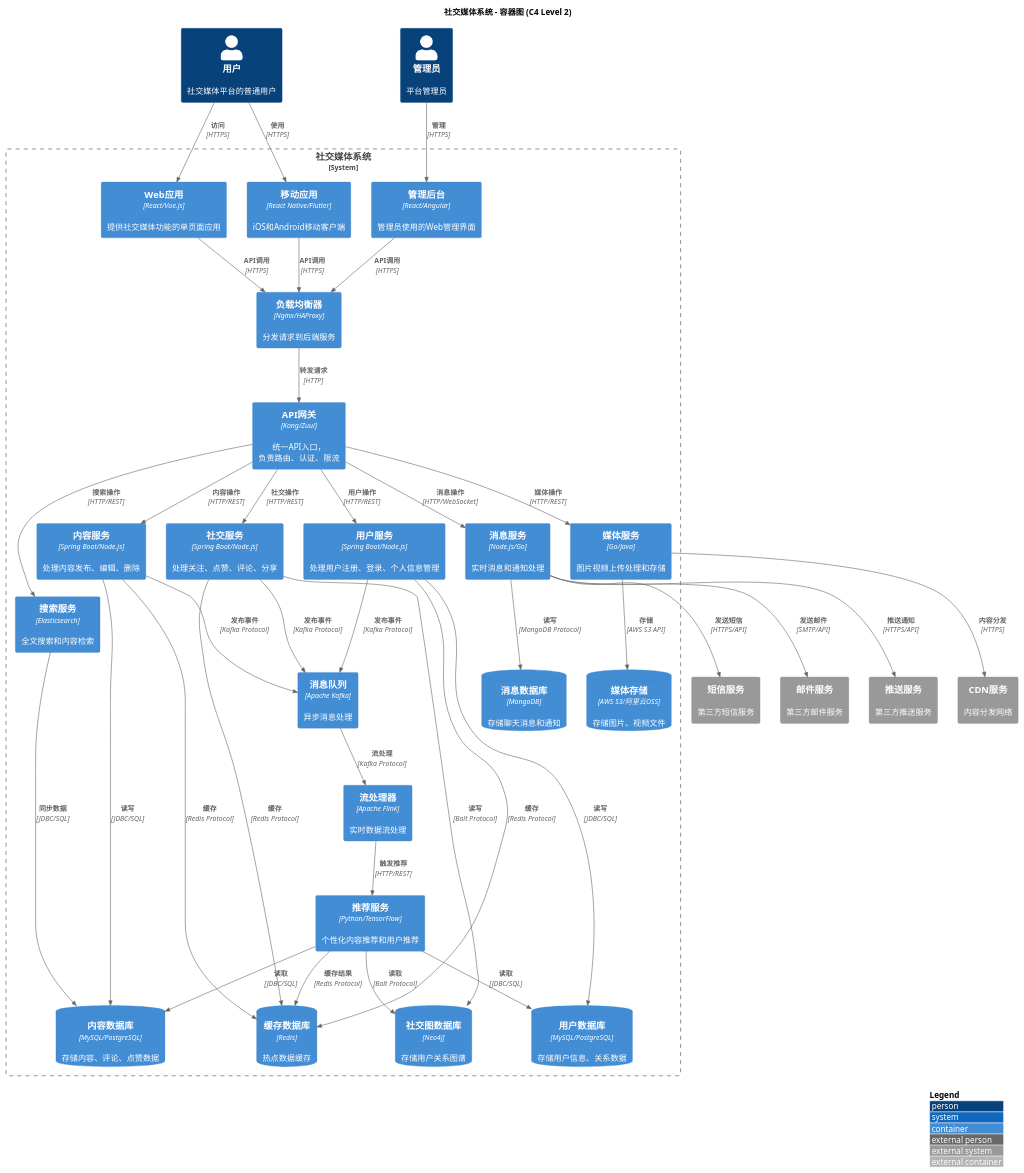
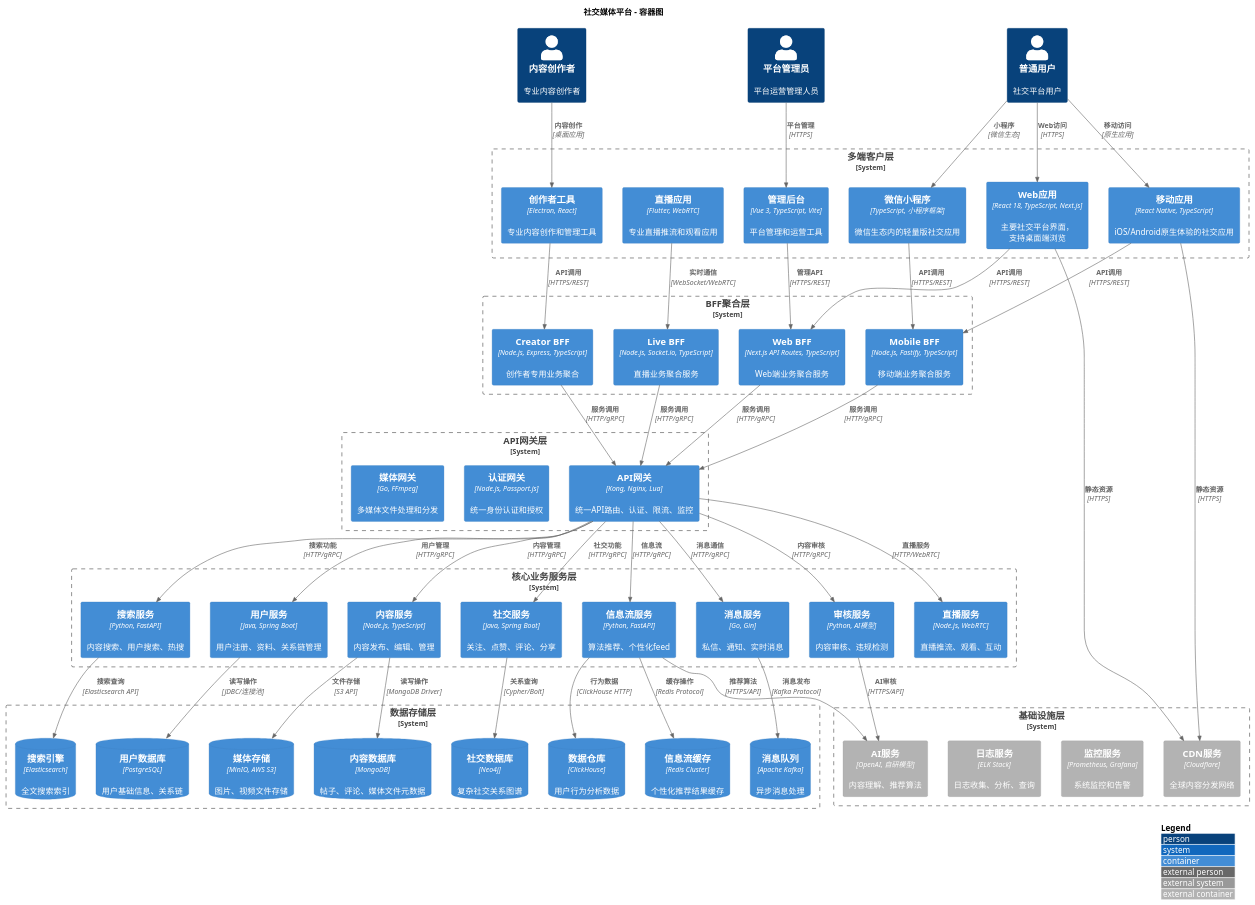
One commit to felixzhu97/system-design changed the diagram in social-media/social-media-c4-container.puml. Above: the diagram before and after it, drawn with PlantUML. The commit also changed 6 other files, not shown here.

First line of the commit message:
refactor: Refactor social media design diagrams with detailed architecture

```diff
--- a/social-media/social-media-c4-container.puml
+++ b/social-media/social-media-c4-container.puml
@@ -1,86 +1,117 @@
 @startuml
 !include https://raw.githubusercontent.com/plantuml-stdlib/C4-PlantUML/master/C4_Container.puml
 
-title 社交媒体系统 - 容器图 (C4 Level 2)
+title 社交媒体平台 - 容器图
 
 LAYOUT_WITH_LEGEND()
 
-Person(user, "用户", "社交媒体平台的普通用户")
-Person(admin, "管理员", "平台管理员")
+' 外部用户和系统
+Person(user, "普通用户", "社交平台用户")
+Person(creator, "内容创作者", "专业内容创作者")
+Person(admin, "平台管理员", "平台运营管理人员")
 
-System_Boundary(c1, "社交媒体系统") {
-    Container(webApp, "Web应用", "React/Vue.js", "提供社交媒体功能的单页面应用")
-    Container(mobileApp, "移动应用", "React Native/Flutter", "iOS和Android移动客户端")
-    Container(adminWeb, "管理后台", "React/Angular", "管理员使用的Web管理界面")
-    
-    Container(apiGateway, "API网关", "Kong/Zuul", "统一API入口，负责路由、认证、限流")
-    Container(loadBalancer, "负载均衡器", "Nginx/HAProxy", "分发请求到后端服务")
-    
-    Container(userService, "用户服务", "Spring Boot/Node.js", "处理用户注册、登录、个人信息管理")
-    Container(contentService, "内容服务", "Spring Boot/Node.js", "处理内容发布、编辑、删除")
-    Container(socialService, "社交服务", "Spring Boot/Node.js", "处理关注、点赞、评论、分享")
-    Container(recommendationService, "推荐服务", "Python/TensorFlow", "个性化内容推荐和用户推荐")
-    Container(messageService, "消息服务", "Node.js/Go", "实时消息和通知处理")
-    Container(searchService, "搜索服务", "Elasticsearch", "全文搜索和内容检索")
-    Container(mediaService, "媒体服务", "Go/Java", "图片视频上传处理和存储")
-    
-    ContainerDb(userDb, "用户数据库", "MySQL/PostgreSQL", "存储用户信息、关系数据")
-    ContainerDb(contentDb, "内容数据库", "MySQL/PostgreSQL", "存储内容、评论、点赞数据")
-    ContainerDb(socialGraphDb, "社交图数据库", "Neo4j", "存储用户关系图谱")
-    ContainerDb(cacheDb, "缓存数据库", "Redis", "热点数据缓存")
-    ContainerDb(messageDb, "消息数据库", "MongoDB", "存储聊天消息和通知")
-    ContainerDb(mediaStorage, "媒体存储", "AWS S3/阿里云OSS", "存储图片、视频文件")
-    
-    Container(messageQueue, "消息队列", "Apache Kafka", "异步消息处理")
-    Container(streamProcessor, "流处理器", "Apache Flink", "实时数据流处理")
+' 多端客户层
+System_Boundary(clientLayer, "多端客户层") {
+    Container(webApp, "Web应用", "React 18, TypeScript, Next.js", "主要社交平台界面，支持桌面端浏览")
+    Container(mobileApp, "移动应用", "React Native, TypeScript", "iOS/Android原生体验的社交应用")
+    Container(miniProgram, "微信小程序", "TypeScript, 小程序框架", "微信生态内的轻量版社交应用")
+    Container(creatorStudio, "创作者工具", "Electron, React", "专业内容创作和管理工具")
+    Container(adminPortal, "管理后台", "Vue 3, TypeScript, Vite", "平台管理和运营工具")
+    Container(liveApp, "直播应用", "Flutter, WebRTC", "专业直播推流和观看应用")
 }
 
-System_Ext(smsService, "短信服务", "第三方短信服务")
-System_Ext(emailService, "邮件服务", "第三方邮件服务")
-System_Ext(pushService, "推送服务", "第三方推送服务")
-System_Ext(cdnService, "CDN服务", "内容分发网络")
+' BFF聚合层
+System_Boundary(bffLayer, "BFF聚合层") {
+    Container(webBFF, "Web BFF", "Next.js API Routes, TypeScript", "Web端业务聚合服务")
+    Container(mobileBFF, "Mobile BFF", "Node.js, Fastify, TypeScript", "移动端业务聚合服务")
+    Container(creatorBFF, "Creator BFF", "Node.js, Express, TypeScript", "创作者专用业务聚合")
+    Container(liveBFF, "Live BFF", "Node.js, Socket.io, TypeScript", "直播业务聚合服务")
+}
 
-Rel(user, webApp, "访问", "HTTPS")
-Rel(user, mobileApp, "使用", "HTTPS")
-Rel(admin, adminWeb, "管理", "HTTPS")
+' API网关层
+System_Boundary(gatewayLayer, "API网关层") {
+    Container(apiGateway, "API网关", "Kong, Nginx, Lua", "统一API路由、认证、限流、监控")
+    Container(authGateway, "认证网关", "Node.js, Passport.js", "统一身份认证和授权")
+    Container(mediaGateway, "媒体网关", "Go, FFmpeg", "多媒体文件处理和分发")
+}
 
-Rel(webApp, loadBalancer, "API调用", "HTTPS")
-Rel(mobileApp, loadBalancer, "API调用", "HTTPS")
-Rel(adminWeb, loadBalancer, "API调用", "HTTPS")
+' 核心业务服务层
+System_Boundary(serviceLayer, "核心业务服务层") {
+    Container(userService, "用户服务", "Java, Spring Boot", "用户注册、资料、关系链管理")
+    Container(contentService, "内容服务", "Node.js, TypeScript", "内容发布、编辑、管理")
+    Container(socialService, "社交服务", "Java, Spring Boot", "关注、点赞、评论、分享")
+    Container(feedService, "信息流服务", "Python, FastAPI", "算法推荐、个性化feed")
+    Container(messageService, "消息服务", "Go, Gin", "私信、通知、实时消息")
+    Container(liveService, "直播服务", "Node.js, WebRTC", "直播推流、观看、互动")
+    Container(searchService, "搜索服务", "Python, FastAPI", "内容搜索、用户搜索、热搜")
+    Container(moderationService, "审核服务", "Python, AI模型", "内容审核、违规检测")
+}
 
-Rel(loadBalancer, apiGateway, "转发请求", "HTTP")
+' 数据存储层
+System_Boundary(dataLayer, "数据存储层") {
+    ContainerDb(userDB, "用户数据库", "PostgreSQL", "用户基础信息、关系链")
+    ContainerDb(contentDB, "内容数据库", "MongoDB", "帖子、评论、媒体文件元数据")
+    ContainerDb(socialDB, "社交数据库", "Neo4j", "复杂社交关系图谱")
+    ContainerDb(feedCache, "信息流缓存", "Redis Cluster", "个性化推荐结果缓存")
+    ContainerDb(messageQueue, "消息队列", "Apache Kafka", "异步消息处理")
+    ContainerDb(searchIndex, "搜索引擎", "Elasticsearch", "全文搜索索引")
+    ContainerDb(mediaStorage, "媒体存储", "MinIO, AWS S3", "图片、视频文件存储")
+    ContainerDb(analyticsDB, "数据仓库", "ClickHouse", "用户行为分析数据")
+}
 
-Rel(apiGateway, userService, "用户操作", "HTTP/REST")
-Rel(apiGateway, contentService, "内容操作", "HTTP/REST")
-Rel(apiGateway, socialService, "社交操作", "HTTP/REST")
-Rel(apiGateway, messageService, "消息操作", "HTTP/WebSocket")
-Rel(apiGateway, searchService, "搜索操作", "HTTP/REST")
-Rel(apiGateway, mediaService, "媒体操作", "HTTP/REST")
+' 基础设施层
+System_Boundary(infraLayer, "基础设施层") {
+    Container_Ext(cdnService, "CDN服务", "Cloudflare", "全球内容分发网络")
+    Container_Ext(monitorService, "监控服务", "Prometheus, Grafana", "系统监控和告警")
+    Container_Ext(logService, "日志服务", "ELK Stack", "日志收集、分析、查询")
+    Container_Ext(aiService, "AI服务", "OpenAI, 自研模型", "内容理解、推荐算法")
+}
 
-Rel(userService, userDb, "读写", "JDBC/SQL")
-Rel(userService, cacheDb, "缓存", "Redis Protocol")
-Rel(contentService, contentDb, "读写", "JDBC/SQL")
-Rel(contentService, cacheDb, "缓存", "Redis Protocol")
-Rel(socialService, socialGraphDb, "读写", "Bolt Protocol")
-Rel(socialService, cacheDb, "缓存", "Redis Protocol")
-Rel(messageService, messageDb, "读写", "MongoDB Protocol")
-Rel(searchService, contentDb, "同步数据", "JDBC/SQL")
-Rel(mediaService, mediaStorage, "存储", "AWS S3 API")
+' 客户端与BFF层连接
+Rel(webApp, webBFF, "API调用", "HTTPS/REST")
+Rel(mobileApp, mobileBFF, "API调用", "HTTPS/REST")
+Rel(miniProgram, mobileBFF, "API调用", "HTTPS/REST")
+Rel(creatorStudio, creatorBFF, "API调用", "HTTPS/REST")
+Rel(adminPortal, webBFF, "管理API", "HTTPS/REST")
+Rel(liveApp, liveBFF, "实时通信", "WebSocket/WebRTC")
 
-Rel(recommendationService, userDb, "读取", "JDBC/SQL")
-Rel(recommendationService, contentDb, "读取", "JDBC/SQL")
-Rel(recommendationService, socialGraphDb, "读取", "Bolt Protocol")
-Rel(recommendationService, cacheDb, "缓存结果", "Redis Protocol")
+' BFF层与API网关连接
+Rel(webBFF, apiGateway, "服务调用", "HTTP/gRPC")
+Rel(mobileBFF, apiGateway, "服务调用", "HTTP/gRPC")
+Rel(creatorBFF, apiGateway, "服务调用", "HTTP/gRPC")
+Rel(liveBFF, apiGateway, "服务调用", "HTTP/gRPC")
 
-Rel(userService, messageQueue, "发布事件", "Kafka Protocol")
-Rel(contentService, messageQueue, "发布事件", "Kafka Protocol")
-Rel(socialService, messageQueue, "发布事件", "Kafka Protocol")
-Rel(messageQueue, streamProcessor, "流处理", "Kafka Protocol")
-Rel(streamProcessor, recommendationService, "触发推荐", "HTTP/REST")
+' API网关与业务服务连接
+Rel(apiGateway, userService, "用户管理", "HTTP/gRPC")
+Rel(apiGateway, contentService, "内容管理", "HTTP/gRPC")
+Rel(apiGateway, socialService, "社交功能", "HTTP/gRPC")
+Rel(apiGateway, feedService, "信息流", "HTTP/gRPC")
+Rel(apiGateway, messageService, "消息通信", "HTTP/gRPC")
+Rel(apiGateway, liveService, "直播服务", "HTTP/WebRTC")
+Rel(apiGateway, searchService, "搜索功能", "HTTP/gRPC")
+Rel(apiGateway, moderationService, "内容审核", "HTTP/gRPC")
 
-Rel(messageService, smsService, "发送短信", "HTTPS/API")
-Rel(messageService, emailService, "发送邮件", "SMTP/API")
-Rel(messageService, pushService, "推送通知", "HTTPS/API")
-Rel(mediaService, cdnService, "内容分发", "HTTPS")
+' 业务服务与数据存储连接
+Rel(userService, userDB, "读写操作", "JDBC/连接池")
+Rel(contentService, contentDB, "读写操作", "MongoDB Driver")
+Rel(socialService, socialDB, "关系查询", "Cypher/Bolt")
+Rel(feedService, feedCache, "缓存操作", "Redis Protocol")
+Rel(messageService, messageQueue, "消息发布", "Kafka Protocol")
+Rel(searchService, searchIndex, "搜索查询", "Elasticsearch API")
+Rel(contentService, mediaStorage, "文件存储", "S3 API")
+Rel(feedService, analyticsDB, "行为数据", "ClickHouse HTTP")
+
+' 外部服务集成
+Rel(webApp, cdnService, "静态资源", "HTTPS")
+Rel(mobileApp, cdnService, "静态资源", "HTTPS")
+Rel(moderationService, aiService, "AI审核", "HTTPS/API")
+Rel(feedService, aiService, "推荐算法", "HTTPS/API")
+
+' 用户访问
+Rel(user, webApp, "Web访问", "HTTPS")
+Rel(user, mobileApp, "移动访问", "原生应用")
+Rel(user, miniProgram, "小程序", "微信生态")
+Rel(creator, creatorStudio, "内容创作", "桌面应用")
+Rel(admin, adminPortal, "平台管理", "HTTPS")
 
 @enduml 
```
